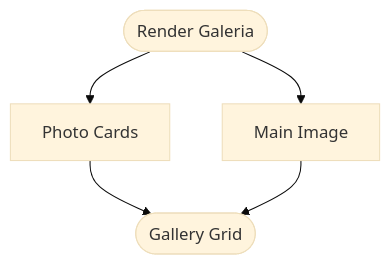
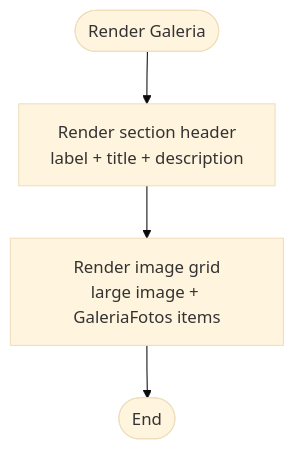
One commit to isadorabassoasseiro-boop/OptiCode changed the fifth of 8 diagrams in .qoder/repowiki/en/content/Project Overview.md. Above: the diagram before and after it, drawn with Mermaid (base theme). The commit also changed other lines of this file and 35 other files, not shown here.

````diff
--- a/.qoder/repowiki/en/content/Project Overview.md
+++ b/.qoder/repowiki/en/content/Project Overview.md
@@ -245,7 +223,6 @@
 ```mermaid
 flowchart TD
-Start(["Render Galeria"]) --> MainImg["Main Image"]
-Start --> Photos["Photo Cards"]
-Photos --> End(["Gallery Grid"])
-MainImg --> End
+Start(["Render Galeria"]) --> Header["Render section header<br/>label + title + description"]
+Header --> Grid["Render image grid<br/>large image + GaleriaFotos items"]
+Grid --> End(["End"])
 ```
````
